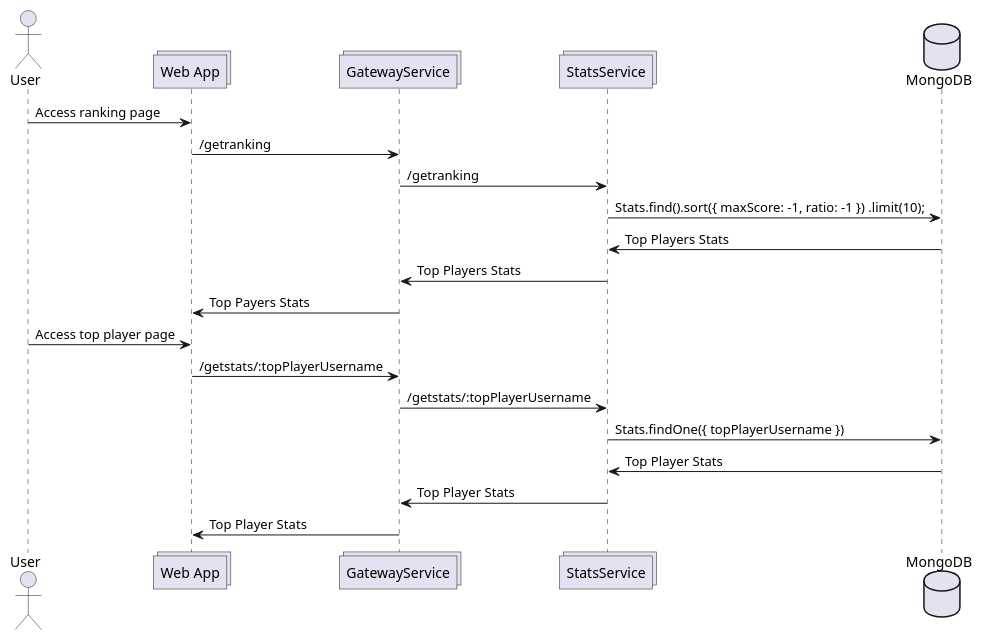
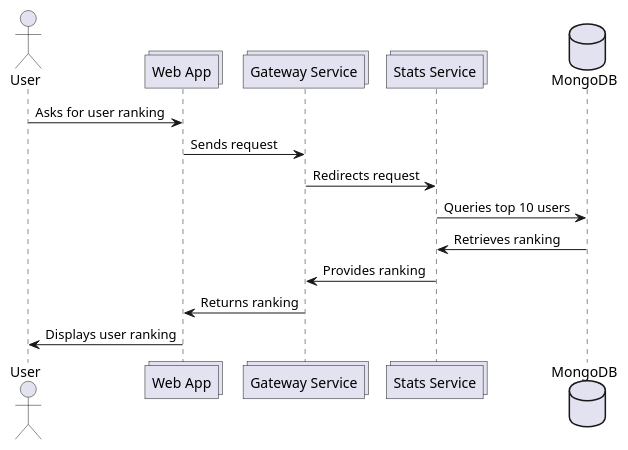
Before and after one commit to Arquisoft/wichat_es3b: the eighth of 12 diagrams in docs/src/06_runtime_view.adoc, drawn with PlantUML. The commit also changed other lines of this file, not shown here.

```diff
--- a/docs/src/06_runtime_view.adoc
+++ b/docs/src/06_runtime_view.adoc
@@ -139,24 +195,17 @@
-[plantuml,"Question record",svg]
+[plantuml,"User Stats",svg]
 ----
 actor User
 collections WA as "Web App"
-collections GW as "GatewayService"
-collections SS as "StatsService"
+collections GW as "Gateway Service"
+collections SS as "Stats Service"
 database DB as "MongoDB"
 
-User -> WA: Access ranking page
-WA -> GW: /getranking
-GW -> SS: /getranking
-SS -> DB: Stats.find().sort({ maxScore: -1, ratio: -1 }) .limit(10);
-DB -> SS: Top Players Stats
-SS -> GW: Top Players Stats
-GW -> WA: Top Payers Stats
-User -> WA: Access top player page
-WA -> GW: /getstats/:topPlayerUsername
-GW -> SS: /getstats/:topPlayerUsername
-SS -> DB: Stats.findOne({ topPlayerUsername })
-DB -> SS: Top Player Stats
-SS -> GW: Top Player Stats
-GW -> WA: Top Player Stats
-
+User -> WA: Asks for user ranking
+WA -> GW: Sends request
+GW -> SS: Redirects request
+SS -> DB: Queries top 10 users
+DB -> SS: Retrieves ranking
+SS -> GW: Provides ranking
+GW -> WA: Returns ranking
+WA -> User: Displays user ranking
 ----
```
